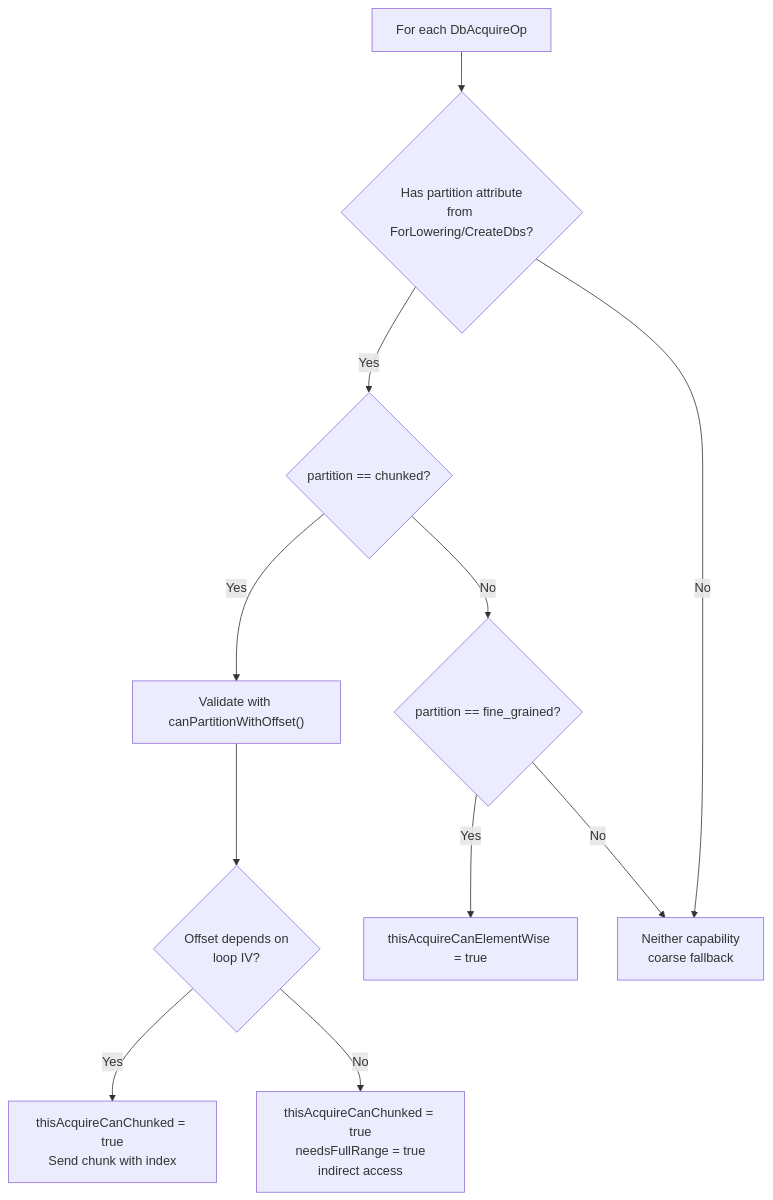
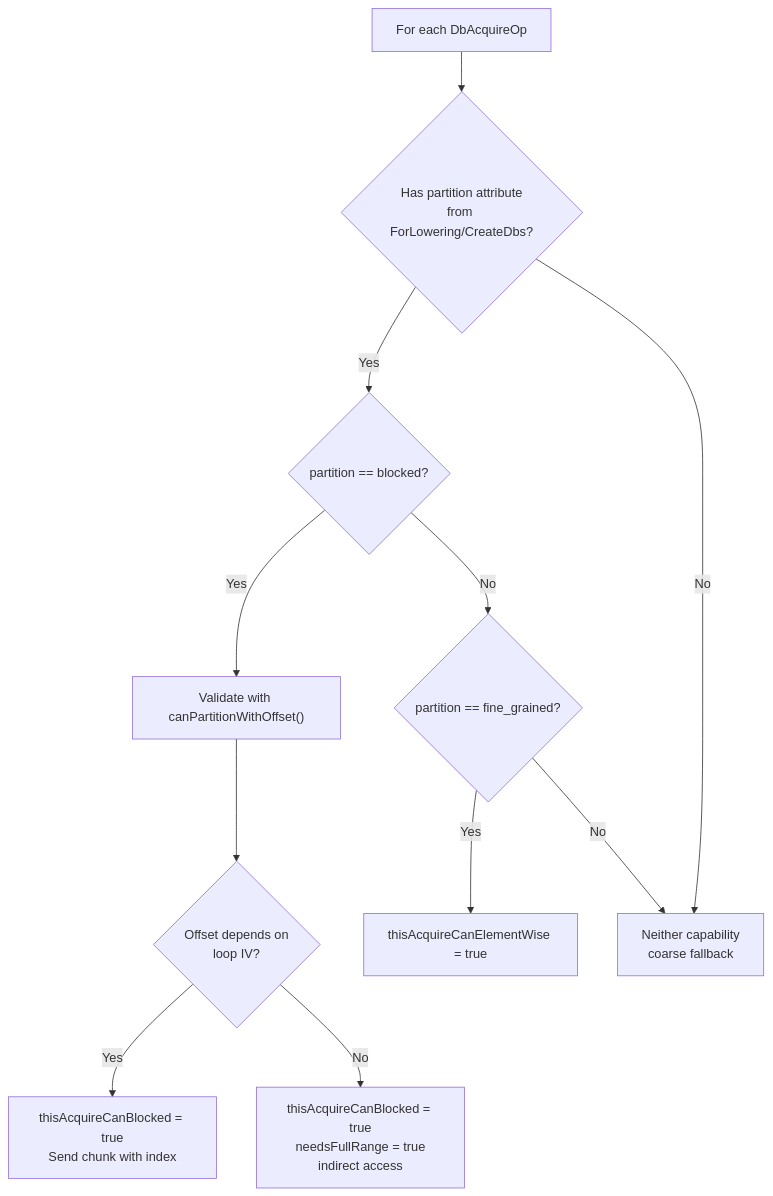
Before and after one commit to randreshg/carts: the fifth of 7 diagrams in docs/analysis.md, drawn with Mermaid. The commit also changed other lines of this file and 88 other files, not shown here.

````diff
--- a/docs/analysis.md
+++ b/docs/analysis.md
@@ -829,27 +829,27 @@
 ```mermaid
 flowchart TB
     START[For each DbAcquireOp]
 
     Q1{Has partition attribute<br/>from ForLowering/CreateDbs?}
-    Q2{partition == chunked?}
+    Q2{partition == blocked?}
     Q3{Offset depends on<br/>loop IV?}
     Q4{partition == fine_grained?}
 
-    R1["thisAcquireCanChunked = true<br/>Send chunk with index"]
-    R2["thisAcquireCanChunked = true<br/>needsFullRange = true<br/>indirect access"]
+    R1["thisAcquireCanBlocked = true<br/>Send chunk with index"]
+    R2["thisAcquireCanBlocked = true<br/>needsFullRange = true<br/>indirect access"]
     R3["thisAcquireCanElementWise = true"]
     R4["Neither capability<br/>coarse fallback"]
 
     CHECK["Validate with canPartitionWithOffset()"]
 
     START --> Q1
     Q1 -->|Yes| Q2
     Q1 -->|No| R4
     Q2 -->|Yes| CHECK
     Q2 -->|No| Q4
     CHECK --> Q3
     Q3 -->|Yes| R1
     Q3 -->|No| R2
     Q4 -->|Yes| R3
     Q4 -->|No| R4
 ```
````
